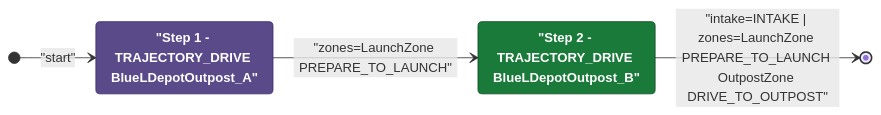
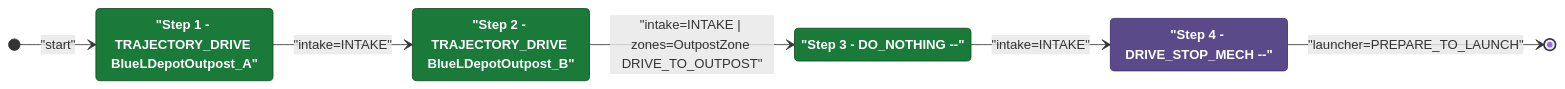
The diagram in documents/auton/RedTDepLaunch0DepOutScoreNCli.md (Team302/2026Rebuilt), drawn with Mermaid before and after one commit. The commit also changed other lines of this file and 171 other files, not shown here.

First line of the commit message:
docs(auton): regenerate Mermaid diagrams [skip ci]

````diff
--- a/documents/auton/RedTDepLaunch0DepOutScoreNCli.md
+++ b/documents/auton/RedTDepLaunch0DepOutScoreNCli.md
@@ -8,18 +8,24 @@
 ```mermaid
 stateDiagram-v2
     direction LR
 
     %% Green = intake active, Purple = intake off
     classDef intake  fill:#1a7a3a,color:#ffffff,stroke:#0d4a1f,font-weight:bold
     classDef noIntake fill:#5a4a8a,color:#ffffff,stroke:#3a2a6a,font-weight:bold
 
     Step1 : "Step 1 - TRAJECTORY_DRIVE BlueLDepotOutpost_A"
     Step2 : "Step 2 - TRAJECTORY_DRIVE BlueLDepotOutpost_B"
+    Step3 : "Step 3 - DO_NOTHING --"
+    Step4 : "Step 4 - DRIVE_STOP_MECH --"
 
-    class Step1 noIntake
+    class Step1 intake
     class Step2 intake
+    class Step3 intake
+    class Step4 noIntake
 
     [*] --> Step1 : "start"
-    Step1 --> Step2: "zones=LaunchZone PREPARE_TO_LAUNCH"
-    Step2 --> [*]: "intake=INTAKE | zones=LaunchZone PREPARE_TO_LAUNCH OutpostZone DRIVE_TO_OUTPOST"
+    Step1 --> Step2: "intake=INTAKE"
+    Step2 --> Step3: "intake=INTAKE | zones=OutpostZone DRIVE_TO_OUTPOST"
+    Step3 --> Step4: "intake=INTAKE"
+    Step4 --> [*]: "launcher=PREPARE_TO_LAUNCH"
 ```
````
